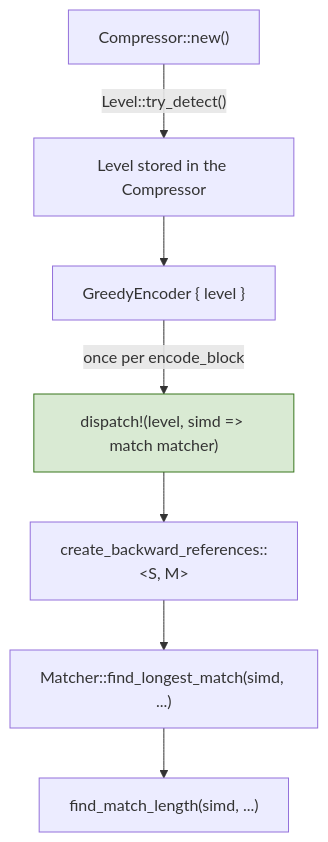
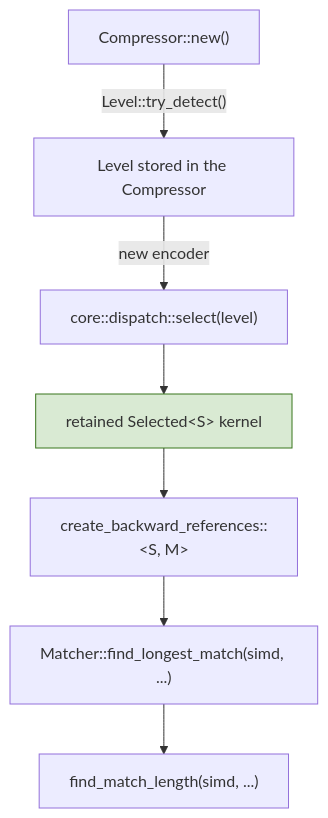
One commit to Mnwa/mbrotli changed the tenth of 10 diagrams in architecture/greedy-encoder.md. Above: the diagram before and after it, drawn with Mermaid. The commit also changed other lines of this file and 64 other files, not shown here.

````diff
--- a/architecture/greedy-encoder.md
+++ b/architecture/greedy-encoder.md
@@ -478,12 +506,12 @@
 ```mermaid
 graph TD
     A["Compressor::new()"] -->|"Level::try_detect()"| B["Level stored in the Compressor"]
-    B --> C["GreedyEncoder { level }"]
-    C -->|"once per encode_block"| D["dispatch!(level, simd => match matcher)"]
+    B -->|"new encoder"| C["core::dispatch::select(level)"]
+    C --> D["retained Selected&lt;S&gt; kernel"]
     D --> E["create_backward_references::&lt;S, M&gt;"]
     E --> F["Matcher::find_longest_match(simd, ...)"]
     F --> G["find_match_length(simd, ...)"]
 
     classDef once fill:#d9ead3,stroke:#38761d;
     class D once;
 ```
````
